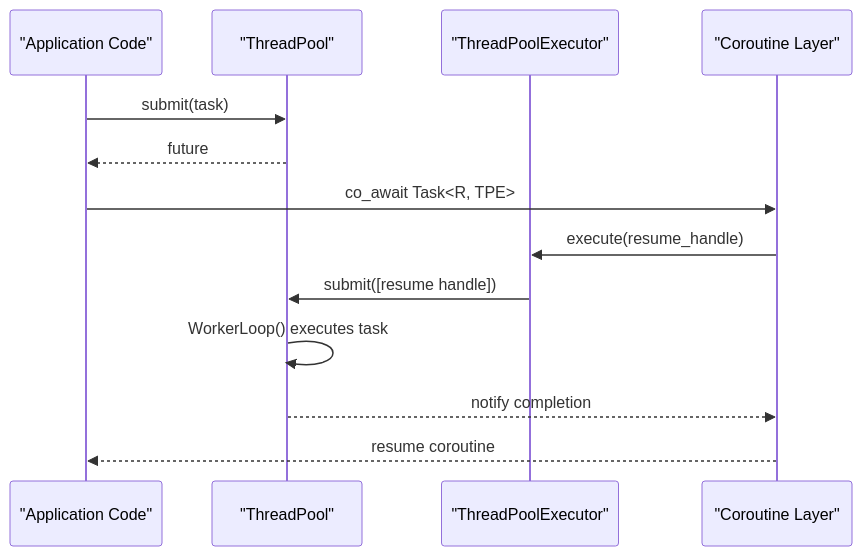
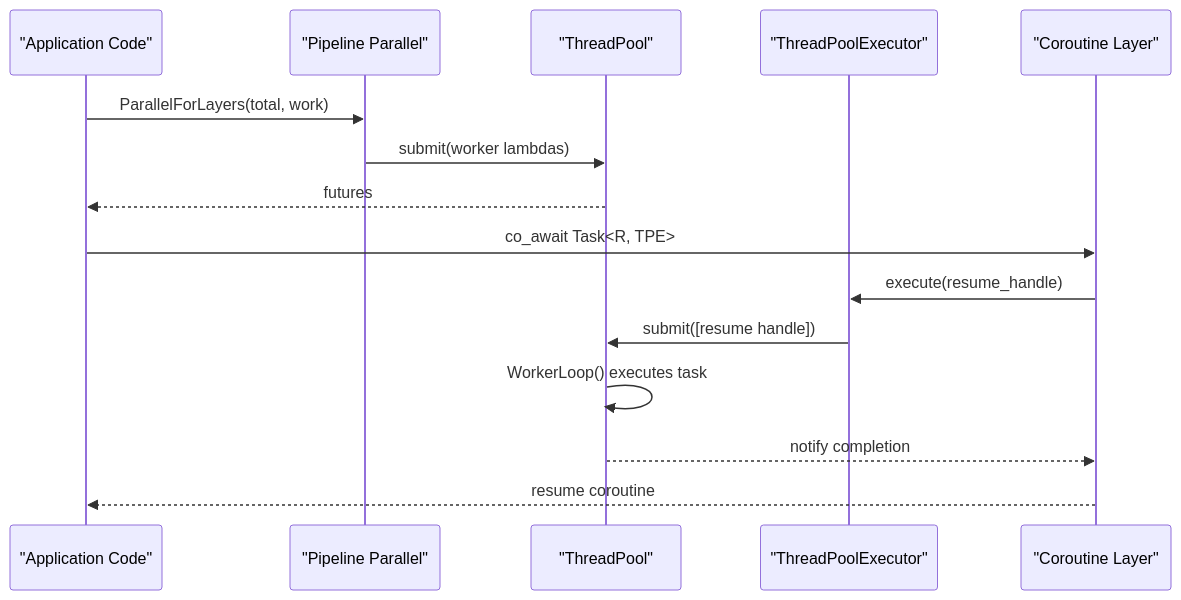
Before and after one commit to hsmbanlance/HsBaSlicer: the fourth of 8 diagrams in .qoder/repowiki/en/content/Advanced Features/Parallel Processing.md, drawn with Mermaid. The commit also changed other lines of this file and 365 other files, not shown here.

````diff
--- a/.qoder/repowiki/en/content/Advanced Features/Parallel Processing.md
+++ b/.qoder/repowiki/en/content/Advanced Features/Parallel Processing.md
@@ -84,15 +200,17 @@
 ```mermaid
 sequenceDiagram
 participant App as "Application Code"
+participant PP as "Pipeline Parallel"
 participant TP as "ThreadPool"
 participant TPE as "ThreadPoolExecutor"
 participant Cor as "Coroutine Layer"
-App->>TP : submit(task)
-TP-->>App : future
+App->>PP : ParallelForLayers(total, work)
+PP->>TP : submit(worker lambdas)
+TP-->>App : futures
 App->>Cor : co_await Task<R, TPE>
 Cor->>TPE : execute(resume_handle)
 TPE->>TP : submit([resume handle])
 TP->>TP : WorkerLoop() executes task
 TP-->>Cor : notify completion
 Cor-->>App : resume coroutine
 ```
````
